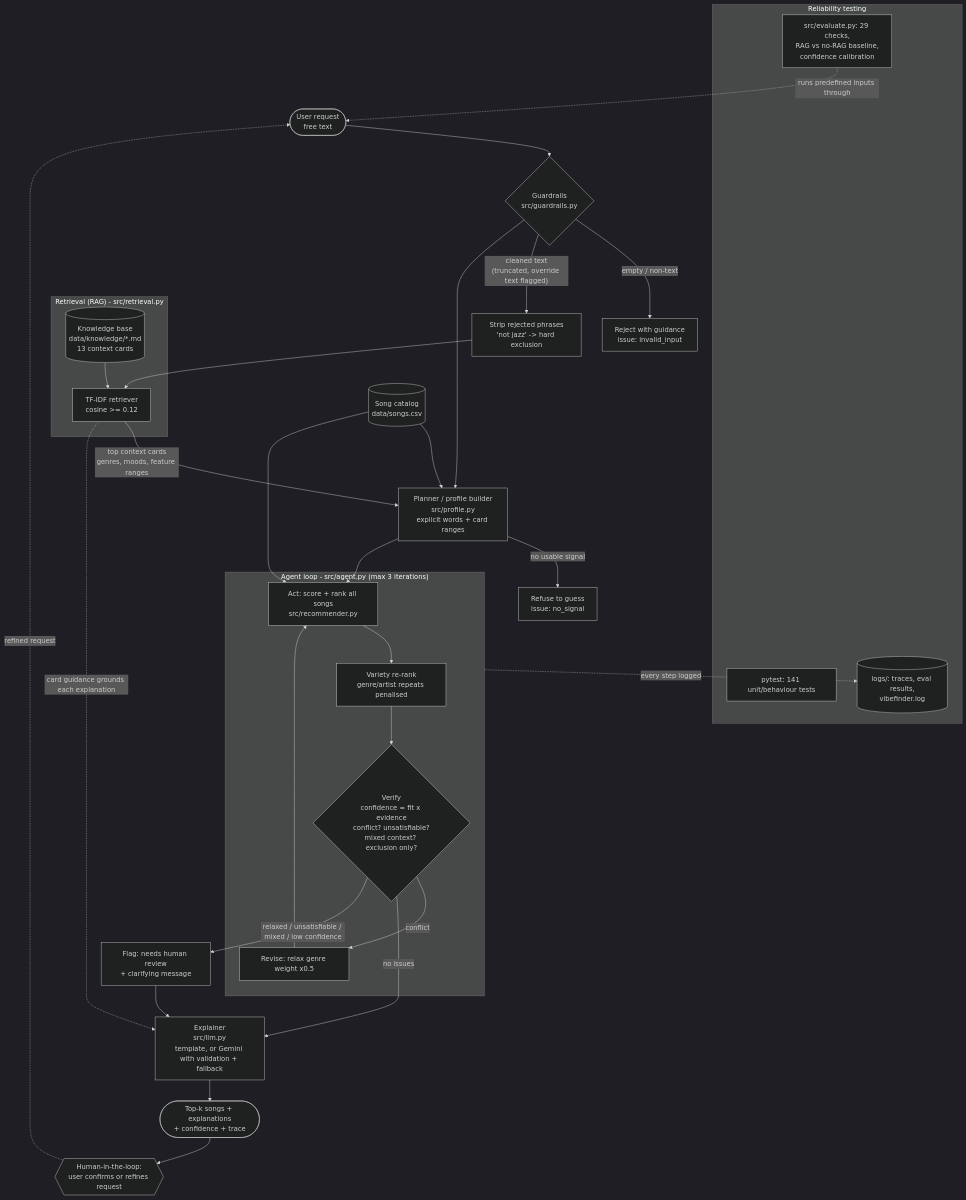
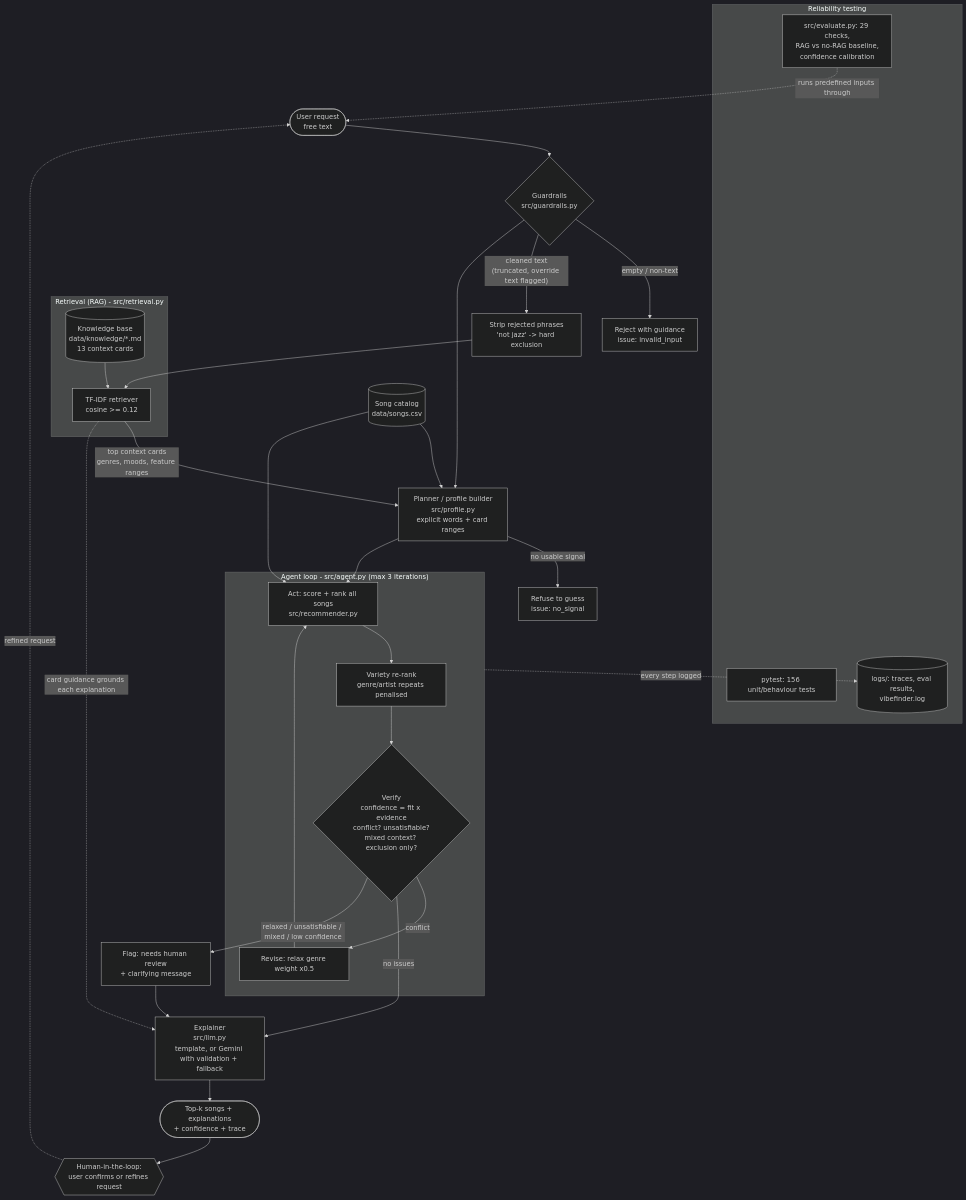
The diagram in diagrams/architecture.md (hassan47khan/applied-ai-system-project), drawn with Mermaid (dark theme) before and after one commit. The commit also changed 8 other files, not shown here.

````diff
--- a/diagrams/architecture.md
+++ b/diagrams/architecture.md
@@ -3,46 +3,46 @@
 ```mermaid
 flowchart TD
     U([User request<br/>free text]) --> G{Guardrails<br/>src/guardrails.py}
     G -- "empty / non-text" --> RJ[Reject with guidance<br/>issue: invalid_input]
     G -- "cleaned text<br/>(truncated, override text flagged)" --> NEG[Strip rejected phrases<br/>'not jazz' -> hard exclusion]
 
     subgraph RAG["Retrieval (RAG) - src/retrieval.py"]
         KB[(Knowledge base<br/>data/knowledge/*.md<br/>13 context cards)]
         R[TF-IDF retriever<br/>cosine >= 0.12]
         KB --> R
     end
     NEG --> R
 
     CAT[(Song catalog<br/>data/songs.csv)] --> P
     R -- "top context cards<br/>genres, moods, feature ranges" --> P[Planner / profile builder<br/>src/profile.py<br/>explicit words + card ranges]
     G --> P
 
     P -- "no usable signal" --> NS[Refuse to guess<br/>issue: no_signal]
 
     subgraph AGENT["Agent loop - src/agent.py (max 3 iterations)"]
         A[Act: score + rank all songs<br/>src/recommender.py]
         D[Variety re-rank<br/>genre/artist repeats penalised]
         V{Verify<br/>confidence = fit x evidence<br/>conflict? unsatisfiable?<br/>mixed context? exclusion only?}
         RV[Revise: relax genre weight x0.5]
         A --> D --> V
         V -- "conflict" --> RV --> A
     end
     P --> A
     CAT --> A
 
     V -- "no issues" --> E[Explainer<br/>src/llm.py<br/>template, or Gemini with validation + fallback]
     V -- "relaxed / unsatisfiable / mixed / low confidence" --> HR[Flag: needs human review<br/>+ clarifying message]
     HR --> E
     R -. "card guidance grounds each explanation" .-> E
     E --> OUT([Top-k songs + explanations<br/>+ confidence + trace])
     OUT --> H{{Human-in-the-loop:<br/>user confirms or refines request}}
     H -. "refined request" .-> U
 
     subgraph TESTING["Reliability testing"]
-        T1[pytest: 141 unit/behaviour tests]
+        T1[pytest: 156 unit/behaviour tests]
         T2[src/evaluate.py: 29 checks,<br/>RAG vs no-RAG baseline,<br/>confidence calibration]
         T3[(logs/: traces, eval results,<br/>vibefinder.log)]
     end
     AGENT -. "every step logged" .-> T3
     T2 -. "runs predefined inputs through" .-> U
 ```
````
